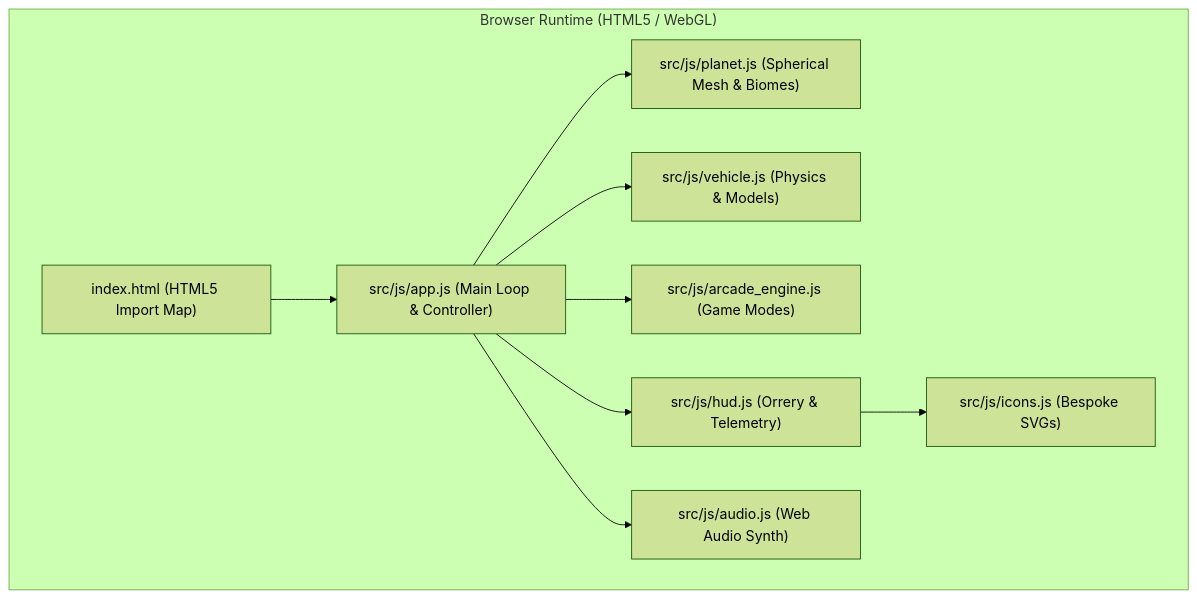
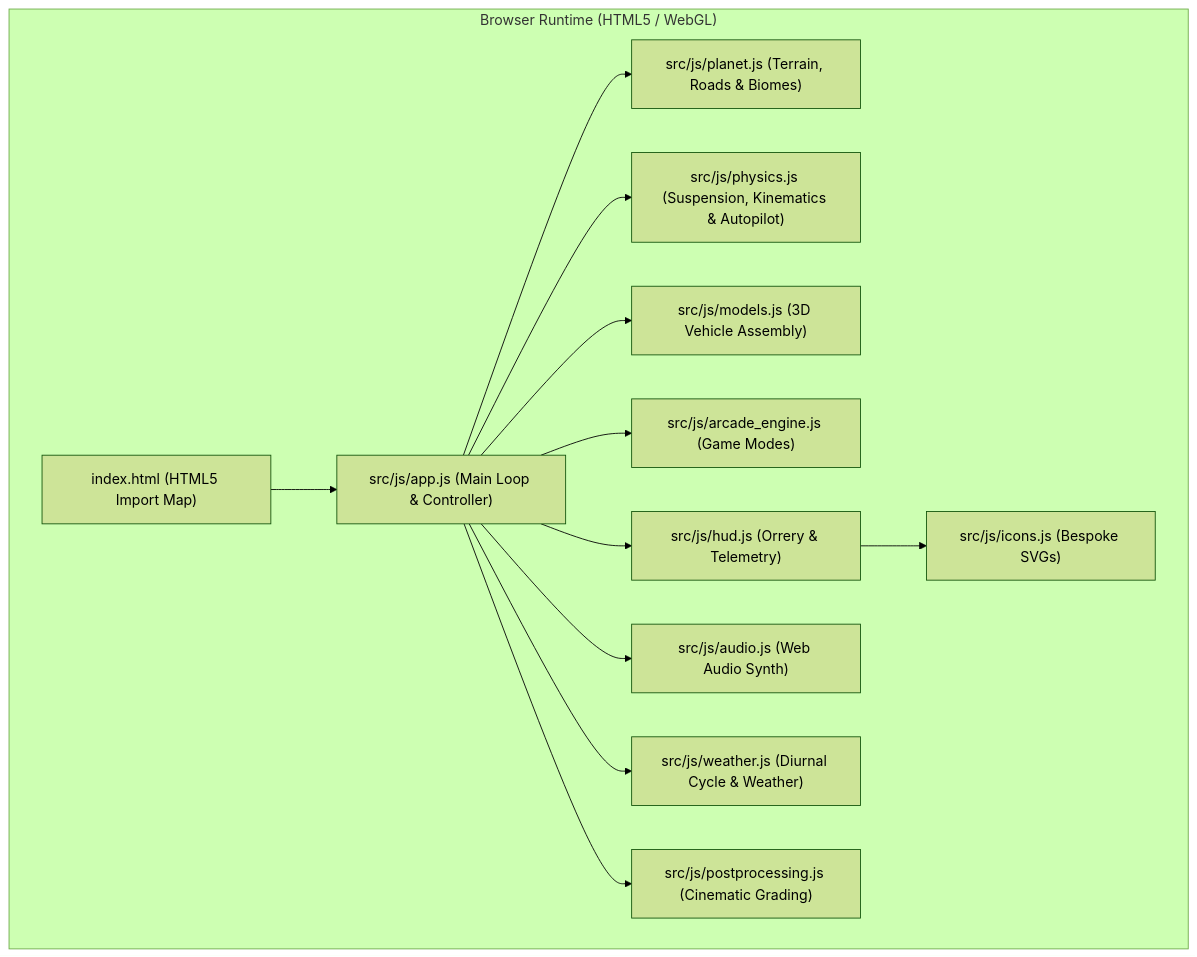
Before and after one commit to srinivasa-dev/over-the-horizon: the first of 3 diagrams in docs/ARCHITECTURE.md, drawn with Mermaid (forest theme). The commit also changed other lines of this file and 12 other files, not shown here.

````diff
--- a/docs/ARCHITECTURE.md
+++ b/docs/ARCHITECTURE.md
@@ -5,12 +5,15 @@
 ```mermaid
 graph TD
     subgraph Browser ["Browser Runtime (HTML5 / WebGL)"]
         Index["index.html (HTML5 Import Map)"] --> App["src/js/app.js (Main Loop & Controller)"]
-        App --> Planet["src/js/planet.js (Spherical Mesh & Biomes)"]
-        App --> Vehicle["src/js/vehicle.js (Physics & Models)"]
+        App --> Planet["src/js/planet.js (Terrain, Roads & Biomes)"]
+        App --> Physics["src/js/physics.js (Suspension, Kinematics & Autopilot)"]
+        App --> Models["src/js/models.js (3D Vehicle Assembly)"]
         App --> Arcade["src/js/arcade_engine.js (Game Modes)"]
         App --> HUD["src/js/hud.js (Orrery & Telemetry)"]
         App --> Audio["src/js/audio.js (Web Audio Synth)"]
+        App --> Weather["src/js/weather.js (Diurnal Cycle & Weather)"]
+        App --> Post["src/js/postprocessing.js (Cinematic Grading)"]
         HUD --> Icons["src/js/icons.js (Bespoke SVGs)"]
     end
 ```
````
